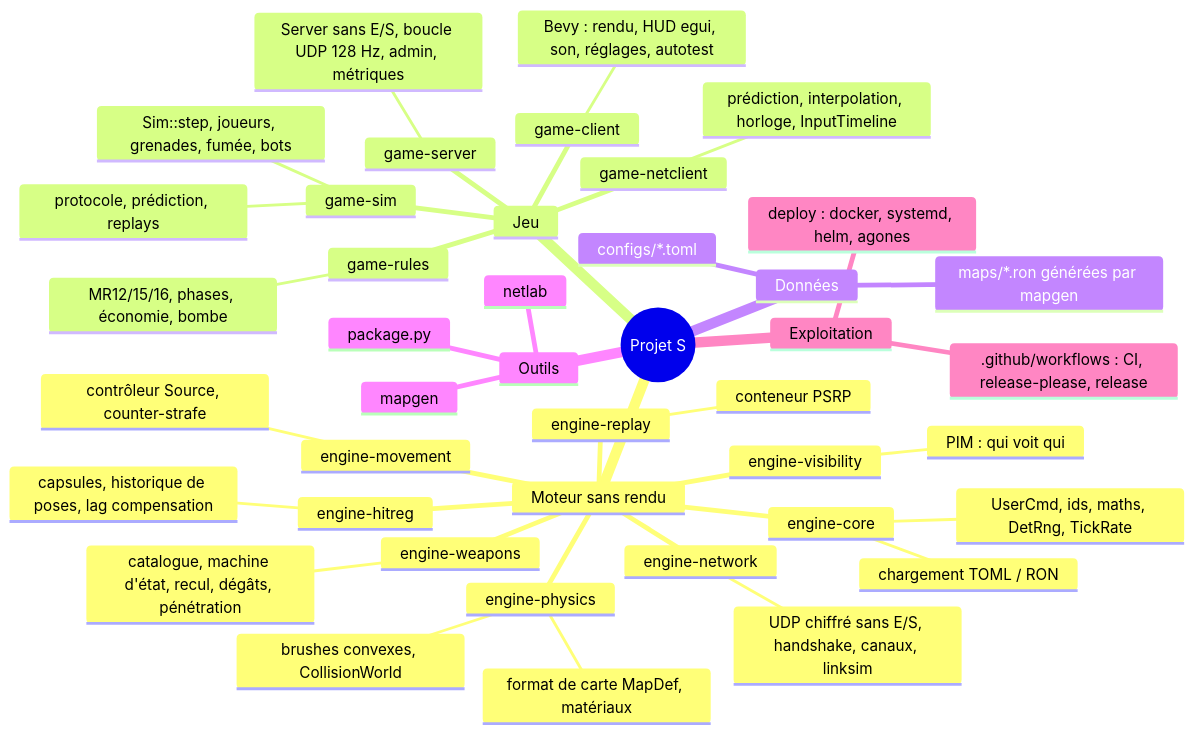
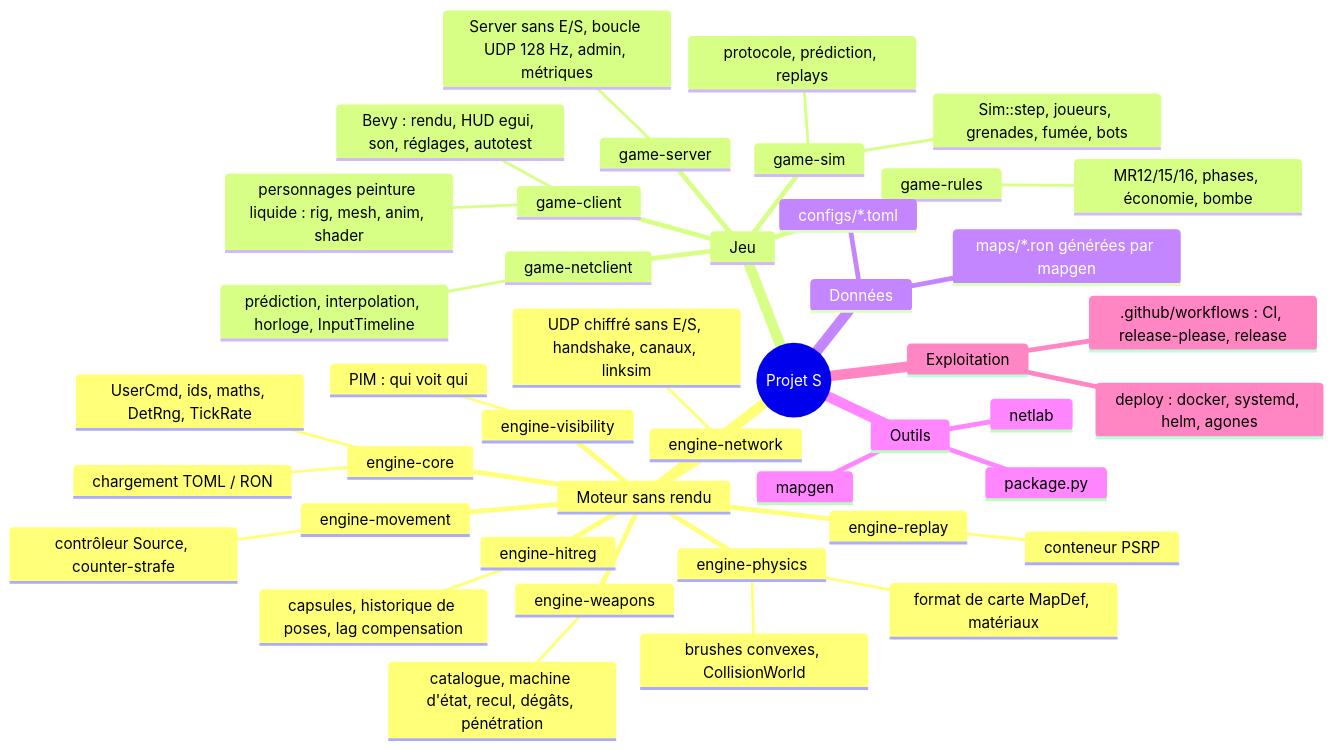
The diagram in docs/codemap.md (SforSkill/Project-s), drawn with Mermaid before and after one commit. The commit also changed other lines of this file and 4 other files, not shown here.

````diff
--- a/docs/codemap.md
+++ b/docs/codemap.md
@@ -7,45 +7,46 @@
 ```mermaid
 mindmap
   root((Projet S))
     Moteur sans rendu
       engine-core
         UserCmd, ids, maths, DetRng, TickRate
         chargement TOML / RON
       engine-physics
         brushes convexes, CollisionWorld
         format de carte MapDef, matériaux
       engine-movement
         contrôleur Source, counter-strafe
       engine-weapons
         catalogue, machine d'état, recul, dégâts, pénétration
       engine-hitreg
         capsules, historique de poses, lag compensation
       engine-visibility
         PIM : qui voit qui
       engine-network
         UDP chiffré sans E/S, handshake, canaux, linksim
       engine-replay
         conteneur PSRP
     Jeu
       game-rules
         MR12/15/16, phases, économie, bombe
       game-sim
         Sim::step, joueurs, grenades, fumée, bots
         protocole, prédiction, replays
       game-server
         Server sans E/S, boucle UDP 128 Hz, admin, métriques
       game-netclient
         prédiction, interpolation, horloge, InputTimeline
       game-client
         Bevy : rendu, HUD egui, son, réglages, autotest
+        personnages peinture liquide : rig, mesh, anim, shader
     Données
       configs/*.toml
       maps/*.ron générées par mapgen
     Outils
       mapgen
       netlab
       package.py
     Exploitation
       deploy : docker, systemd, helm, agones
       .github/workflows : CI, release-please, release
 ```
````
